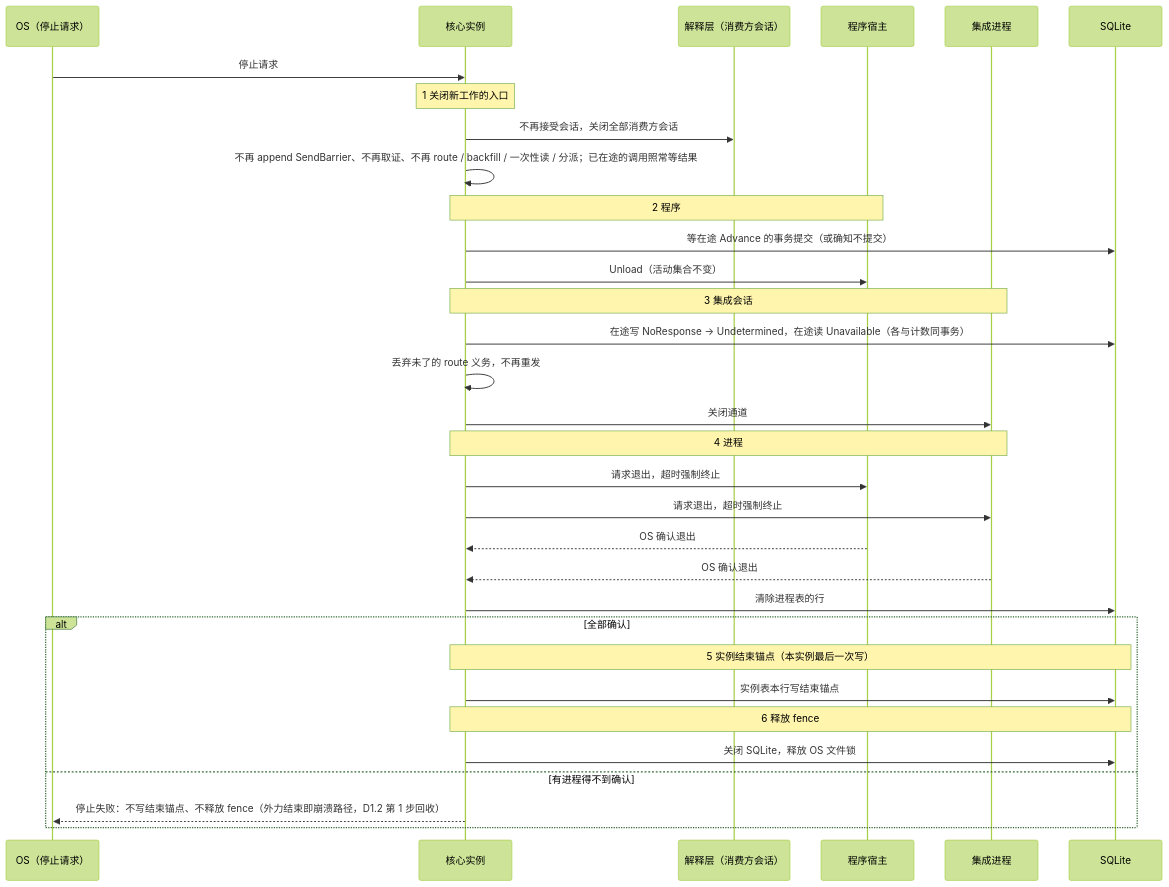
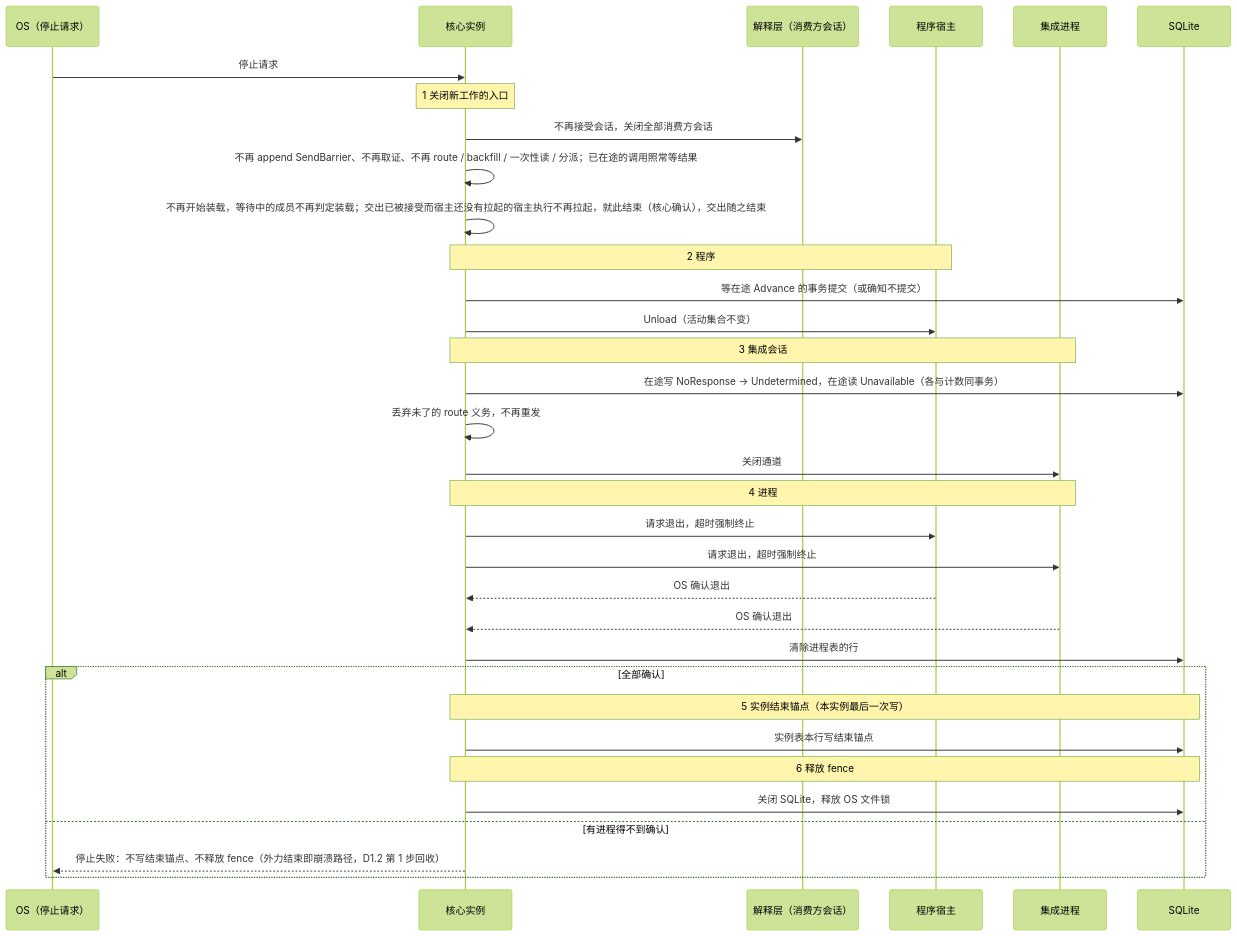
Before and after one commit to mouriya-s-lab/uta: the sixth of 6 diagrams in design/diagrams/01-process-topology.md, drawn with Mermaid (forest theme). The commit also changed other lines of this file and 14 other files, not shown here.

````diff
--- a/design/diagrams/01-process-topology.md
+++ b/design/diagrams/01-process-topology.md
@@ -311,34 +311,35 @@
 ```mermaid
 sequenceDiagram
   participant OS as OS（停止请求）
   participant C as 核心实例
   participant L as 解释层（消费方会话）
   participant H as 程序宿主
   participant I as 集成进程
   participant DB as SQLite
   OS->>C: 停止请求
   Note over C: 1 关闭新工作的入口
   C->>L: 不再接受会话，关闭全部消费方会话
   C->>C: 不再 append SendBarrier、不再取证、不再 route / backfill / 一次性读 / 分派；已在途的调用照常等结果
+  C->>C: 不再开始装载，等待中的成员不再判定装载；交出已被接受而宿主还没有拉起的宿主执行不再拉起，就此结束（核心确认），交出随之结束
   Note over C,H: 2 程序
   C->>DB: 等在途 Advance 的事务提交（或确知不提交）
   C->>H: Unload（活动集合不变）
   Note over C,I: 3 集成会话
   C->>DB: 在途写 NoResponse → Undetermined，在途读 Unavailable（各与计数同事务）
   C->>C: 丢弃未了的 route 义务，不再重发
   C->>I: 关闭通道
   Note over C,I: 4 进程
   C->>H: 请求退出，超时强制终止
   C->>I: 请求退出，超时强制终止
   H-->>C: OS 确认退出
   I-->>C: OS 确认退出
   C->>DB: 清除进程表的行
   alt 全部确认
     Note over C,DB: 5 实例结束锚点（本实例最后一次写）
     C->>DB: 实例表本行写结束锚点
     Note over C,DB: 6 释放 fence
     C->>DB: 关闭 SQLite，释放 OS 文件锁
   else 有进程得不到确认
     C-->>OS: 停止失败：不写结束锚点、不释放 fence（外力结束即崩溃路径，D1.2 第 1 步回收）
   end
 ```
````
